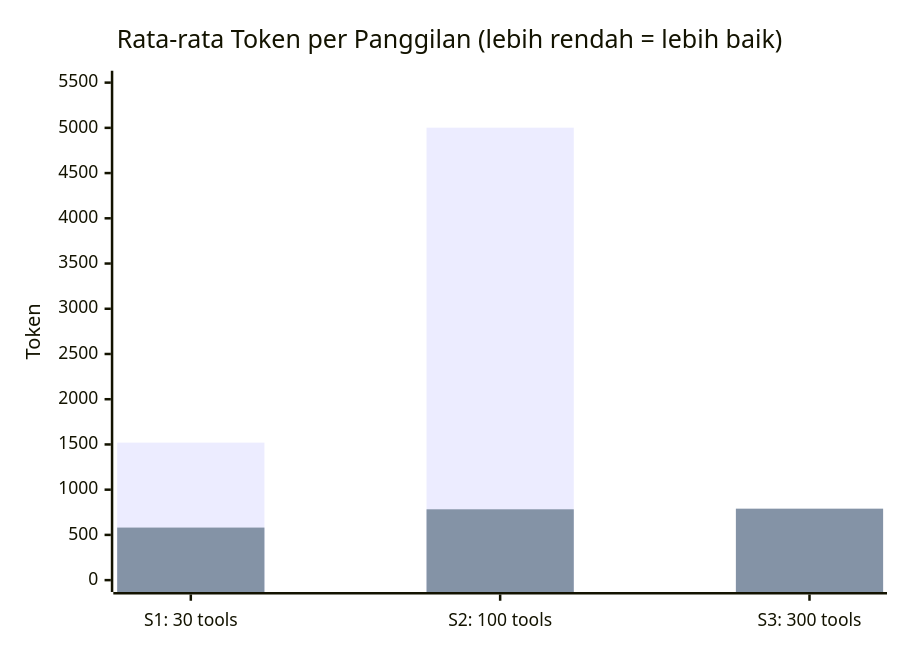
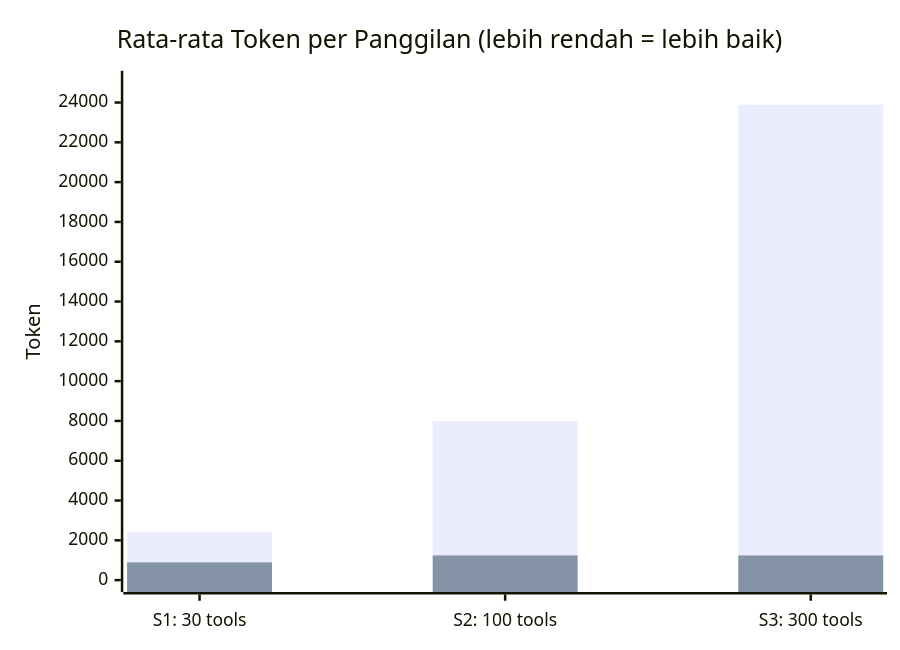
Before and after one commit to emaranalytics/tugas-akhir-si-unsia: the second of 4 diagrams in README.md, drawn with Mermaid. The commit also changed other lines of this file and 2 other files, not shown here.

````diff
--- a/README.md
+++ b/README.md
@@ -144,8 +144,8 @@
 ```mermaid
 xychart-beta
     title "Rata-rata Token per Panggilan (lebih rendah = lebih baik)"
     x-axis ["S1: 30 tools", "S2: 100 tools", "S3: 300 tools"]
-    y-axis "Token" 0 --> 5500
-    bar [1520, 5002, 0]
-    bar [581, 783, 790]
+    y-axis "Token" 0 --> 25000
+    bar [2426, 7985, 23893]
+    bar [893, 1241, 1239]
 ```
````
